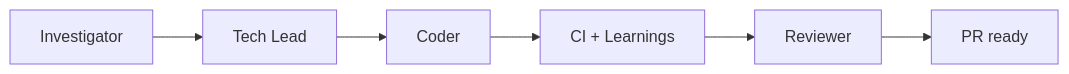
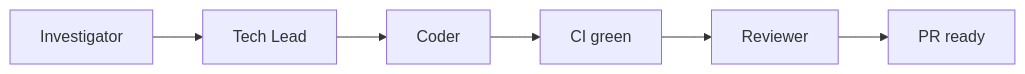
One commit to masumi-network/sokosumi changed the diagram in .cursor/skills/team-sapphire/SKILL.md. Above: the diagram before and after it, drawn with Mermaid. The commit also changed other lines of this file and 8 other files, not shown here.

First line of the commit message:
chore(agents): fold learnings into full Reviewer pass

````diff
--- a/.cursor/skills/team-sapphire/SKILL.md
+++ b/.cursor/skills/team-sapphire/SKILL.md
@@ -15,8 +15,8 @@
 ```mermaid
 flowchart LR
   inv[Investigator] --> lead[Tech Lead]
   lead --> code[Coder]
-  code --> gates[CI + Learnings]
-  gates --> rev[Reviewer]
+  code --> ci[CI green]
+  ci --> rev[Reviewer]
   rev --> pr[PR ready]
 ```
````
